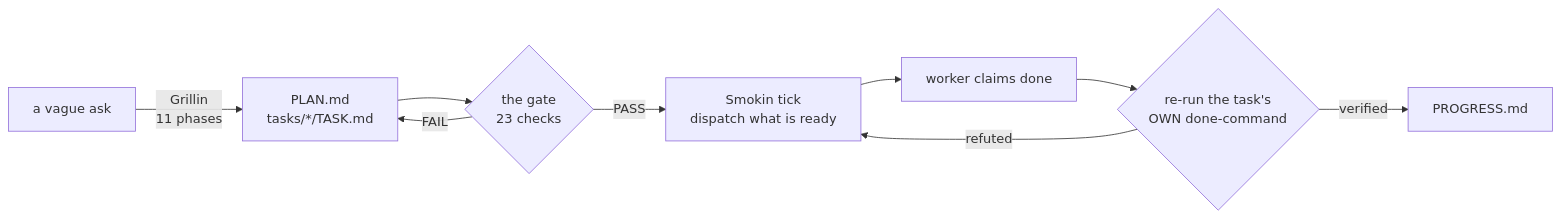
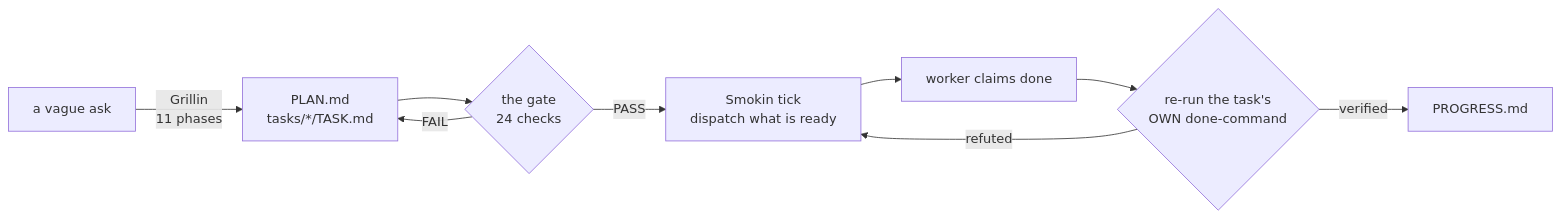
One commit to Zyn-tari/Grillin changed the diagram in README.md. Above: the diagram before and after it, drawn with Mermaid. The commit also changed other lines of this file and 8 other files, not shown here.

````diff
--- a/README.md
+++ b/README.md
@@ -151,11 +151,11 @@
 ```mermaid
 flowchart LR
   A["a vague ask"] -->|Grillin<br/>11 phases| B["PLAN.md<br/>tasks/*/TASK.md"]
-  B --> C{"the gate<br/>23 checks"}
+  B --> C{"the gate<br/>24 checks"}
   C -->|FAIL| B
   C -->|PASS| D["Smokin tick<br/>dispatch what is ready"]
   D --> E["worker claims done"]
   E --> F{"re-run the task's<br/>OWN done-command"}
   F -->|refuted| D
   F -->|verified| G["PROGRESS.md"]
 ```
````
